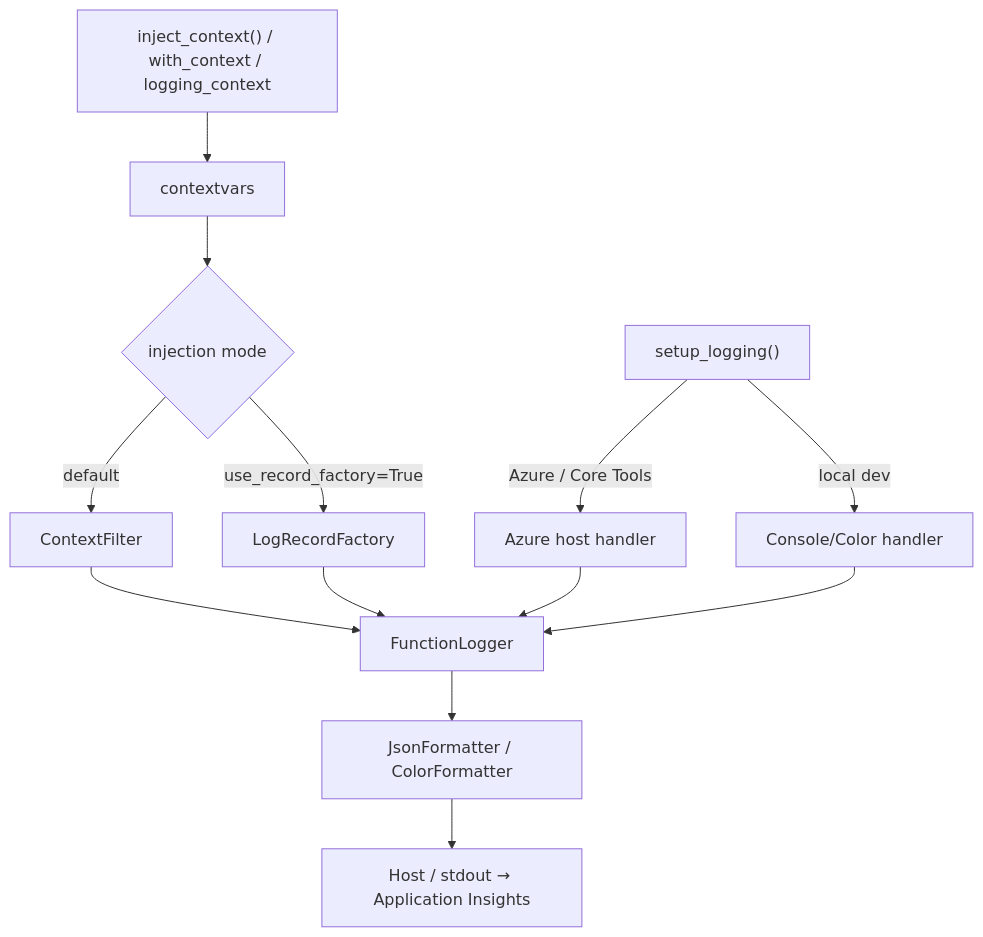
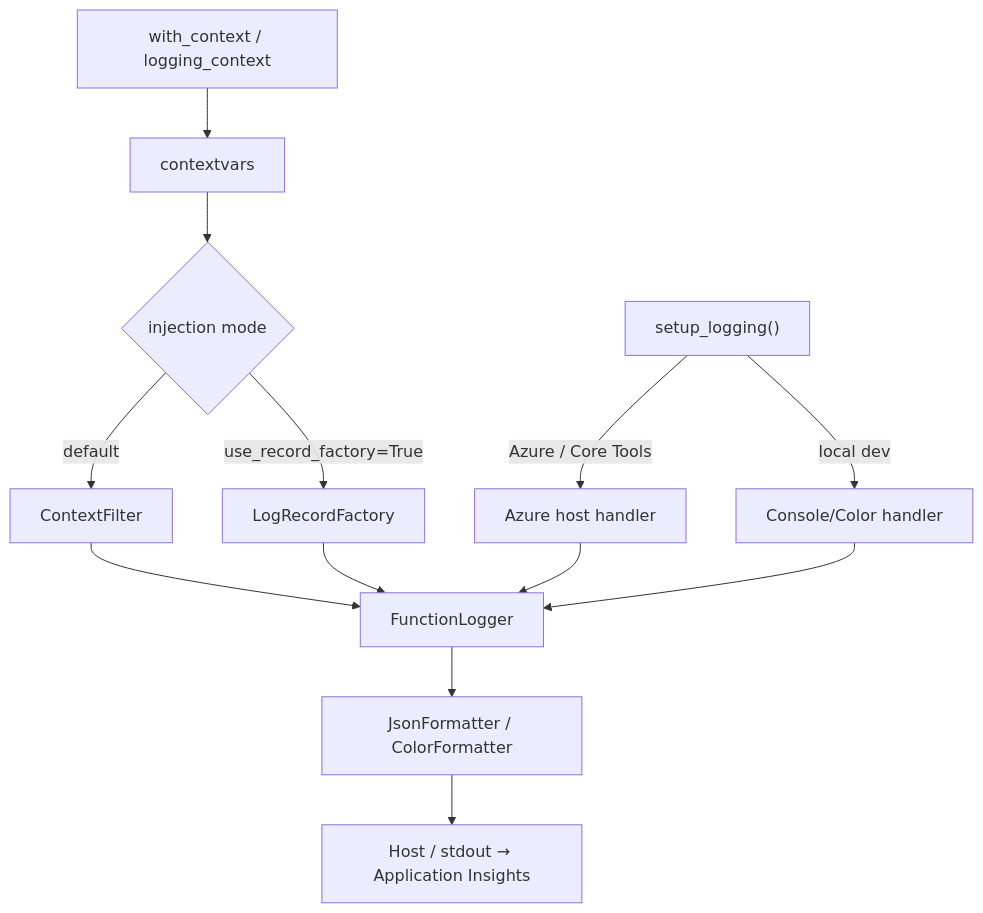
Before and after one commit to yeongseon/azure-functions-logging-python: the diagram in README.md, drawn with Mermaid. The commit also changed other lines of this file and 12 other files, not shown here.

````diff
--- a/README.md
+++ b/README.md
@@ -102,15 +102,15 @@
 ```mermaid
 flowchart TD
     A["setup_logging()"] -->|Azure / Core Tools| B[Azure host handler]
     A -->|local dev| C[Console/Color handler]
-    D["inject_context() / with_context / logging_context"] --> E[contextvars]
+    D["with_context / logging_context"] --> E[contextvars]
     E --> F{injection mode}
     F -->|"default"| G[ContextFilter]
     F -->|"use_record_factory=True"| H[LogRecordFactory]
     G --> I[FunctionLogger]
     H --> I
     B --> I
     C --> I
     I --> J[JsonFormatter / ColorFormatter]
     J --> K[Host / stdout → Application Insights]
 ```
````
